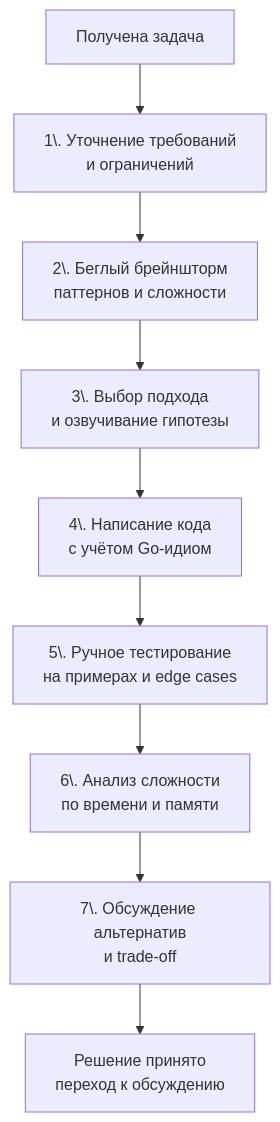
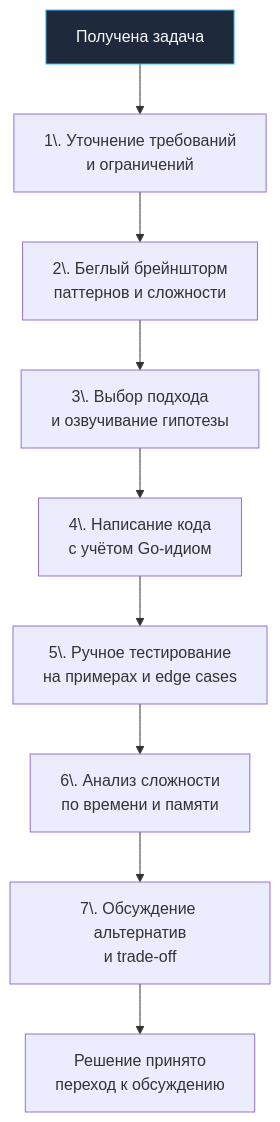
The diagram in sources/21. Задачи с LeetCode и собеседований на Go/01. Теория/5. Алгоритм решения задачи на интервью.md (UnrealTemplier/go-textbook), drawn with Mermaid before and after one commit. The commit also changed 1666 other files, not shown here.

First line of the commit message:
feat(mermaid): add semantic color classDef to 1369 colorless flowchart/graph diagrams

````diff
--- a/sources/21. Задачи с LeetCode и собеседований на Go/01. Теория/5. Алгоритм решения задачи на интервью.md
+++ b/sources/21. Задачи с LeetCode и собеседований на Go/01. Теория/5. Алгоритм решения задачи на интервью.md
@@ -8,11 +8,21 @@
 ```mermaid
 flowchart TD
-    Start["Получена задача"] --> Step1["1\. Уточнение требований<br>и ограничений"]
+    classDef process  fill:#1e293b,stroke:#38bdf8,stroke-width:1px,color:#f8fafc
+    classDef success  fill:#064e3b,stroke:#34d399,stroke-width:1px,color:#f8fafc
+    classDef error    fill:#7f1d1d,stroke:#f87171,stroke-width:1px,color:#f8fafc
+    classDef warning  fill:#78350f,stroke:#fbbf24,stroke-width:1px,color:#f8fafc
+    classDef entry    fill:#1e3a5f,stroke:#38bdf8,stroke-width:2px,color:#f8fafc
+    classDef aux      fill:#334155,stroke:#64748b,stroke-width:1px,color:#f8fafc
+    classDef system   fill:#312e81,stroke:#a78bfa,stroke-width:1px,color:#f8fafc
+    classDef data     fill:#132d29,stroke:#2dd4bf,stroke-width:1px,color:#f8fafc
+    classDef network  fill:#881337,stroke:#fb7185,stroke-width:1px,color:#f8fafc
+    classDef accent   fill:#1e1b4b,stroke:#818cf8,stroke-width:1px,color:#f8fafc
+    Start["Получена задача"]:::process --> Step1["1\. Уточнение требований<br>и ограничений"]
     Step1 --> Step2["2\. Беглый брейншторм<br>паттернов и сложности"]
     Step2 --> Step3["3\. Выбор подхода<br>и озвучивание гипотезы"]
     Step3 --> Step4["4\. Написание кода<br>с учётом Go-идиом"]
     Step4 --> Step5["5\. Ручное тестирование<br>на примерах и edge cases"]
     Step5 --> Step6["6\. Анализ сложности<br>по времени и памяти"]
     Step6 --> Step7["7\. Обсуждение альтернатив<br>и trade-off"]
     Step7 --> Done["Решение принято<br>переход к обсуждению"]
 ```
````
